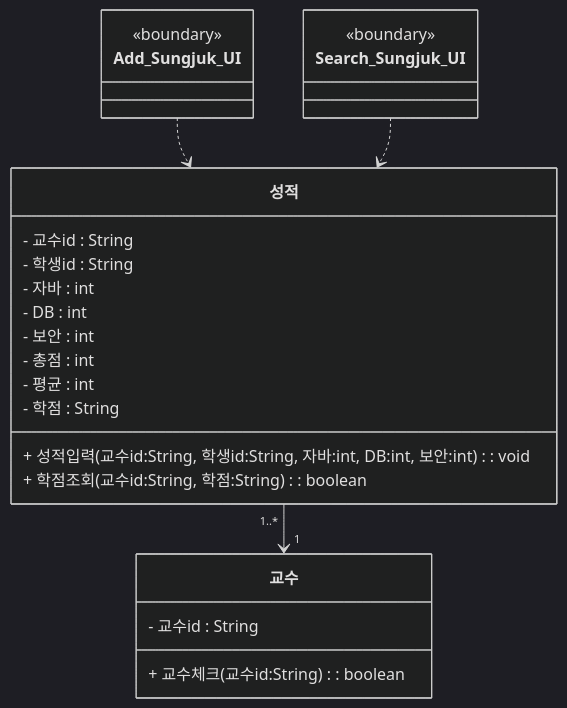
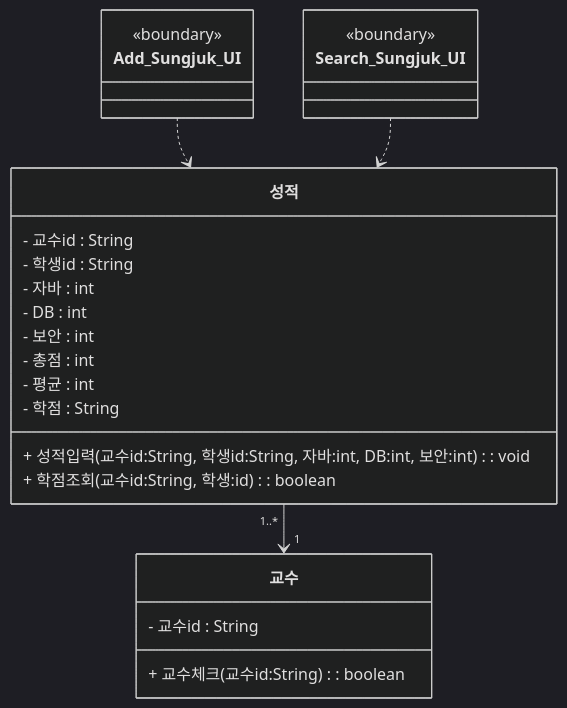
The diagram in Class Diagram.md (myeongjunyoung/Sungjuk_B-01-), drawn with Mermaid (dark theme) before and after one commit. The commit also changed 1 other file, not shown here.

Commit message:
프롬프트 추가

````diff
--- a/Class Diagram.md
+++ b/Class Diagram.md
@@ -1,33 +1,33 @@
 ```mermaid
 classDiagram
 
     class 교수 {
         - 교수id : String
         + 교수체크(교수id:String) : boolean
     }
 
     class 성적 {
         - 교수id : String
         - 학생id : String
         - 자바 : int
         - DB : int
         - 보안 : int
         - 총점 : int
         - 평균 : int
         - 학점 : String
         + 성적입력(교수id:String, 학생id:String, 자바:int, DB:int, 보안:int) : void
-        + 학점조회(교수id:String, 학점:String) : boolean
+        + 학점조회(교수id:String, 학생:id) : boolean
     }
 
     class Add_Sungjuk_UI {
         <<boundary>>
     }
 
     class Search_Sungjuk_UI {
         <<boundary>>
     }
 
     Add_Sungjuk_UI ..> 성적
     Search_Sungjuk_UI ..> 성적
     성적 "1..*" --> "1" 교수
 ```
````
